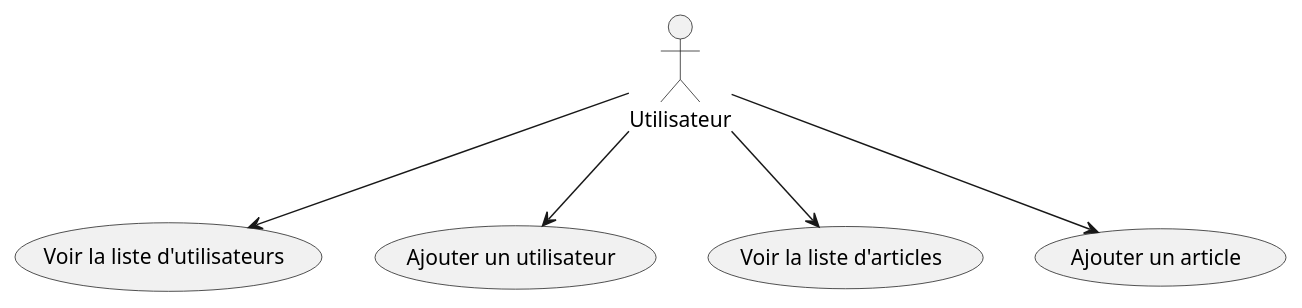
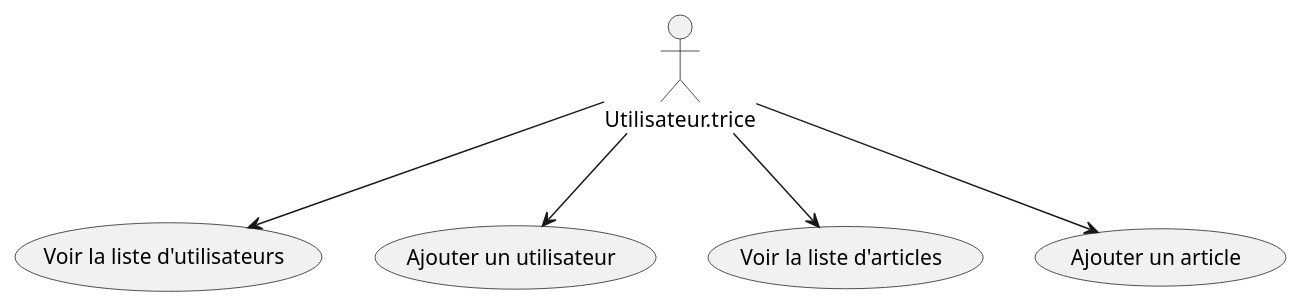
Before and after one commit to theobrogrammer/log430-a25-labo1: the diagram in docs/views/use_case.puml, drawn with PlantUML.

```diff
--- a/docs/views/use_case.puml
+++ b/docs/views/use_case.puml
@@ -1,6 +1,6 @@
 @startuml
-    Utilisateur --> (Voir la liste d'utilisateurs)
-    Utilisateur --> (Ajouter un utilisateur)
-    Utilisateur --> (Voir la liste d'articles)
-    Utilisateur --> (Ajouter un article)
+    Utilisateur.trice --> (Voir la liste d'utilisateurs)
+    Utilisateur.trice --> (Ajouter un utilisateur)
+    Utilisateur.trice --> (Voir la liste d'articles)
+    Utilisateur.trice --> (Ajouter un article)
 @enduml
```
